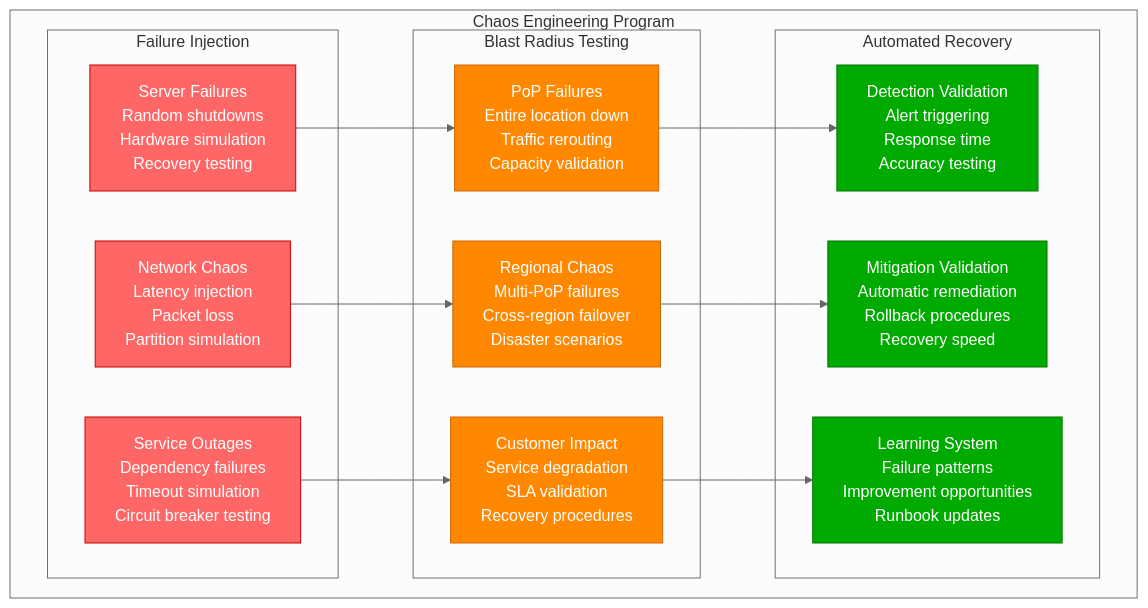
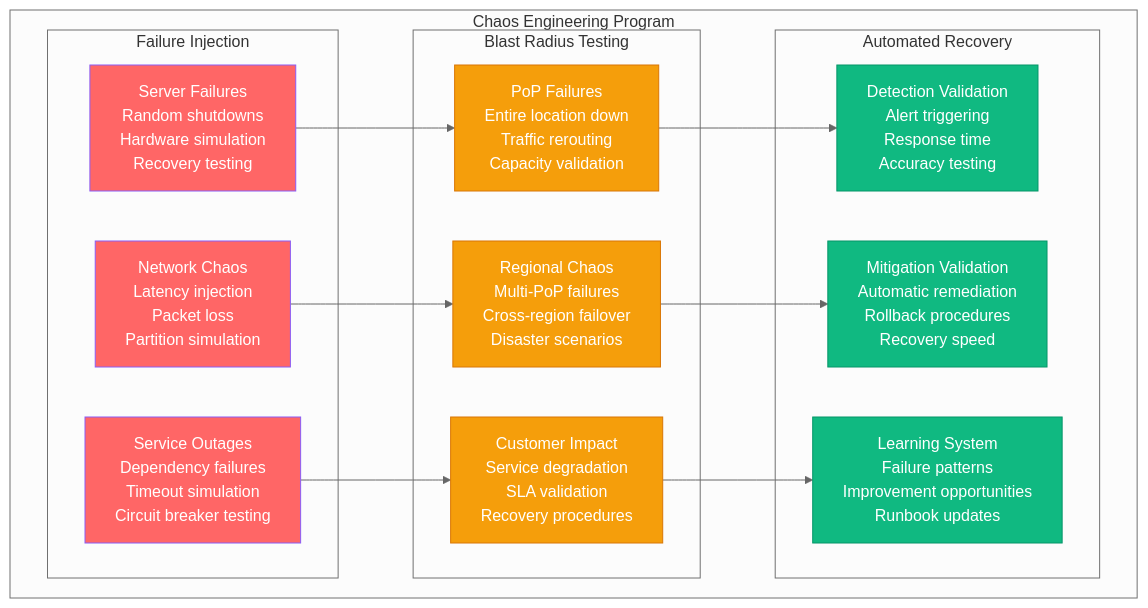
Before and after one commit to deepaucksharma/DS: the seventh of 8 diagrams in site/docs/systems/cloudflare/production-operations.md, drawn with Mermaid (neutral theme). The commit also changed other lines of this file and 303 other files, not shown here.

````diff
--- a/site/docs/systems/cloudflare/production-operations.md
+++ b/site/docs/systems/cloudflare/production-operations.md
@@ -345,40 +345,40 @@
 ```mermaid
 graph TB
     subgraph "Chaos Engineering Program"
         subgraph "Failure Injection"
             SERVER_FAILURE[Server Failures<br/>Random shutdowns<br/>Hardware simulation<br/>Recovery testing]
             NETWORK_CHAOS[Network Chaos<br/>Latency injection<br/>Packet loss<br/>Partition simulation]
             SERVICE_OUTAGE[Service Outages<br/>Dependency failures<br/>Timeout simulation<br/>Circuit breaker testing]
         end
 
         subgraph "Blast Radius Testing"
             POP_FAILURE[PoP Failures<br/>Entire location down<br/>Traffic rerouting<br/>Capacity validation]
             REGION_CHAOS[Regional Chaos<br/>Multi-PoP failures<br/>Cross-region failover<br/>Disaster scenarios]
             CUSTOMER_IMPACT[Customer Impact<br/>Service degradation<br/>SLA validation<br/>Recovery procedures]
         end
 
         subgraph "Automated Recovery"
             DETECTION_VAL[Detection Validation<br/>Alert triggering<br/>Response time<br/>Accuracy testing]
             MITIGATION_VAL[Mitigation Validation<br/>Automatic remediation<br/>Rollback procedures<br/>Recovery speed]
             LEARNING[Learning System<br/>Failure patterns<br/>Improvement opportunities<br/>Runbook updates]
         end
     end
 
     %% Chaos flow
     SERVER_FAILURE --> POP_FAILURE
     NETWORK_CHAOS --> REGION_CHAOS
     SERVICE_OUTAGE --> CUSTOMER_IMPACT
 
     POP_FAILURE --> DETECTION_VAL
     REGION_CHAOS --> MITIGATION_VAL
     CUSTOMER_IMPACT --> LEARNING
 
     %% Apply chaos colors
-    classDef chaosStyle fill:#FF6666,stroke:#CC0000,color:#fff
-    classDef testingStyle fill:#FF8800,stroke:#CC6600,color:#fff
-    classDef learningStyle fill:#00AA00,stroke:#007700,color:#fff
+    classDef chaosStyle fill:#FF6666,stroke:#8B5CF6,color:#fff
+    classDef testingStyle fill:#F59E0B,stroke:#D97706,color:#fff
+    classDef learningStyle fill:#10B981,stroke:#059669,color:#fff
 
     class SERVER_FAILURE,NETWORK_CHAOS,SERVICE_OUTAGE chaosStyle
     class POP_FAILURE,REGION_CHAOS,CUSTOMER_IMPACT testingStyle
     class DETECTION_VAL,MITIGATION_VAL,LEARNING learningStyle
 ```
````
